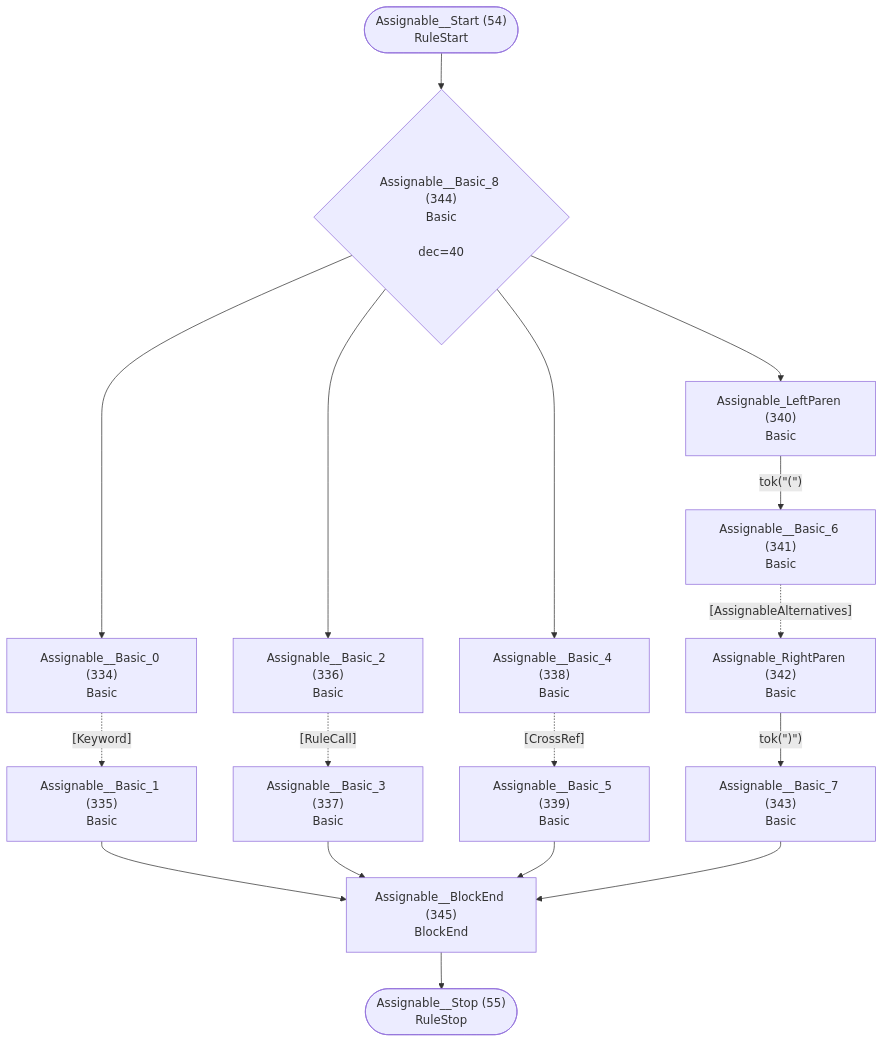
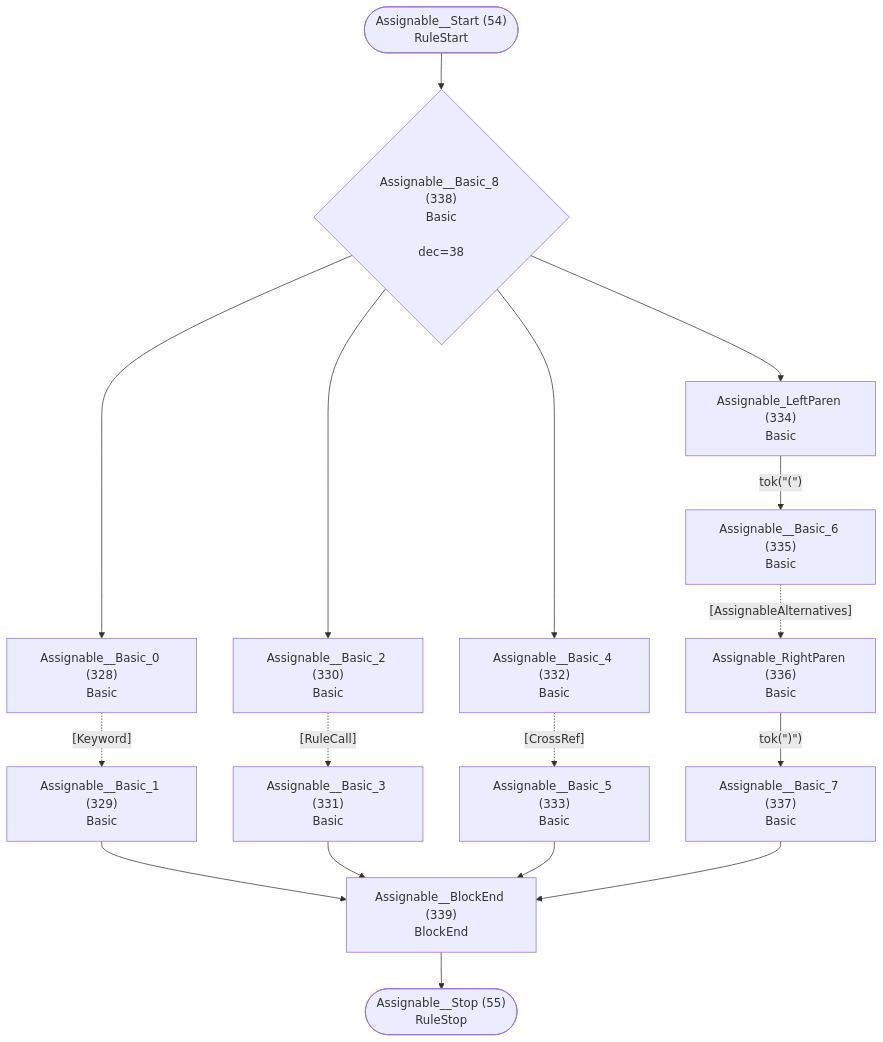
Before and after one commit to TypeFox/fastbelt: diagram 28 of 40 in internal/grammar/atn.md, drawn with Mermaid. The commit also changed other lines of this file and 12 other files, not shown here.

````diff
--- a/internal/grammar/atn.md
+++ b/internal/grammar/atn.md
@@ -840,34 +826,34 @@
 ```mermaid
 flowchart TD
     q54(["Assignable__Start (54)<br/>RuleStart"])
     q55(["Assignable__Stop (55)<br/>RuleStop"])
-    q334["Assignable__Basic_0 (334)<br/>Basic<br/>"]
-    q335["Assignable__Basic_1 (335)<br/>Basic<br/>"]
-    q336["Assignable__Basic_2 (336)<br/>Basic<br/>"]
-    q337["Assignable__Basic_3 (337)<br/>Basic<br/>"]
-    q338["Assignable__Basic_4 (338)<br/>Basic<br/>"]
-    q339["Assignable__Basic_5 (339)<br/>Basic<br/>"]
-    q340["Assignable_LeftParen (340)<br/>Basic<br/>"]
-    q341["Assignable__Basic_6 (341)<br/>Basic<br/>"]
-    q342["Assignable_RightParen (342)<br/>Basic<br/>"]
-    q343["Assignable__Basic_7 (343)<br/>Basic<br/>"]
-    q344{"Assignable__Basic_8 (344)<br/>Basic<br/><br/>dec=40"}
-    q345["Assignable__BlockEnd (345)<br/>BlockEnd<br/>"]
+    q328["Assignable__Basic_0 (328)<br/>Basic<br/>"]
+    q329["Assignable__Basic_1 (329)<br/>Basic<br/>"]
+    q330["Assignable__Basic_2 (330)<br/>Basic<br/>"]
+    q331["Assignable__Basic_3 (331)<br/>Basic<br/>"]
+    q332["Assignable__Basic_4 (332)<br/>Basic<br/>"]
+    q333["Assignable__Basic_5 (333)<br/>Basic<br/>"]
+    q334["Assignable_LeftParen (334)<br/>Basic<br/>"]
+    q335["Assignable__Basic_6 (335)<br/>Basic<br/>"]
+    q336["Assignable_RightParen (336)<br/>Basic<br/>"]
+    q337["Assignable__Basic_7 (337)<br/>Basic<br/>"]
+    q338{"Assignable__Basic_8 (338)<br/>Basic<br/><br/>dec=38"}
+    q339["Assignable__BlockEnd (339)<br/>BlockEnd<br/>"]
 
-    q54 --> q344
-    q334 -.->|"[Keyword]"| q335
-    q335 --> q345
-    q336 -.->|"[RuleCall]"| q337
-    q337 --> q345
-    q338 -.->|"[CrossRef]"| q339
-    q339 --> q345
-    q340 -->|"tok(&quot;(&quot;)"| q341
-    q341 -.->|"[AssignableAlternatives]"| q342
-    q342 -->|"tok(&quot;)&quot;)"| q343
-    q343 --> q345
-    q344 --> q334
-    q344 --> q336
-    q344 --> q338
-    q344 --> q340
-    q345 --> q55
+    q54 --> q338
+    q328 -.->|"[Keyword]"| q329
+    q329 --> q339
+    q330 -.->|"[RuleCall]"| q331
+    q331 --> q339
+    q332 -.->|"[CrossRef]"| q333
+    q333 --> q339
+    q334 -->|"tok(&quot;(&quot;)"| q335
+    q335 -.->|"[AssignableAlternatives]"| q336
+    q336 -->|"tok(&quot;)&quot;)"| q337
+    q337 --> q339
+    q338 --> q328
+    q338 --> q330
+    q338 --> q332
+    q338 --> q334
+    q339 --> q55
 ```
````
